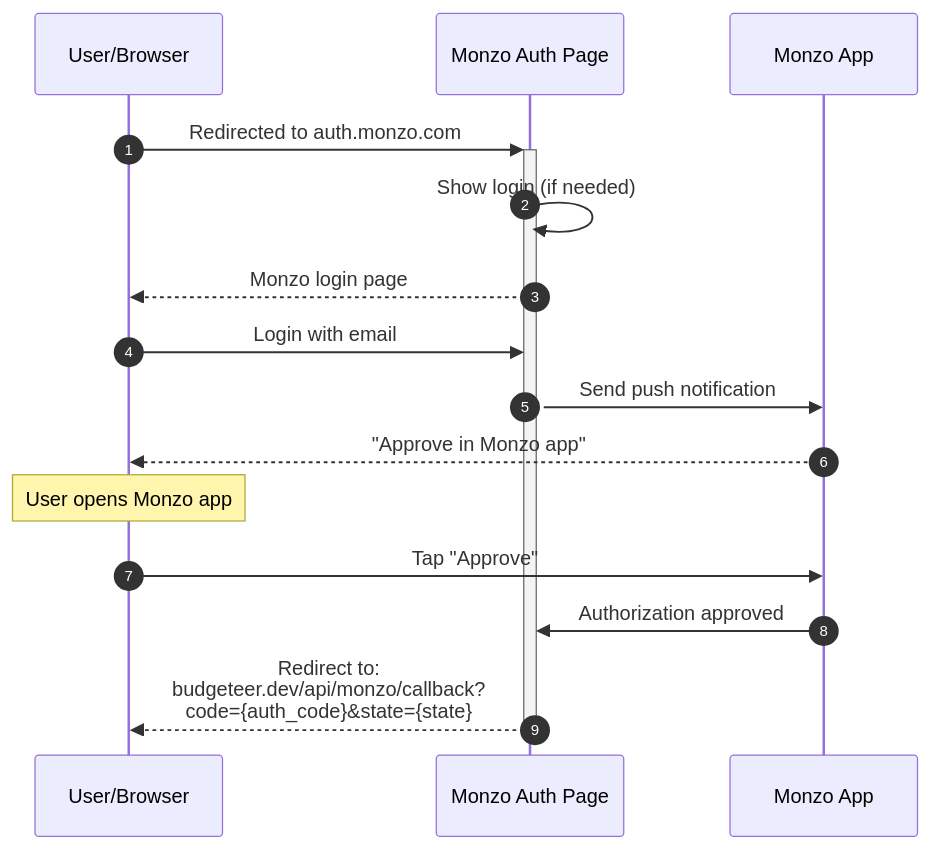
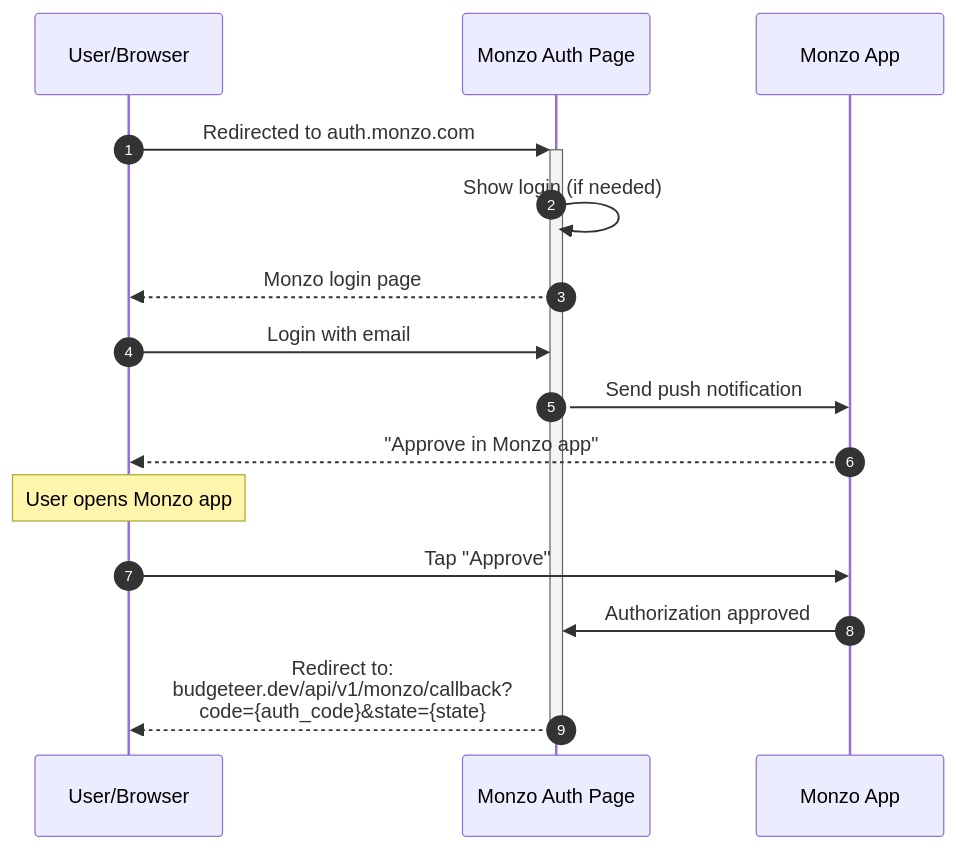
Before and after one commit to alexandermfisher/budgeteer: the third of 15 diagrams in docs/diagrams/monzo-oauth-flow.md, drawn with Mermaid. The commit also changed other lines of this file and 19 other files, not shown here.

````diff
--- a/docs/diagrams/monzo-oauth-flow.md
+++ b/docs/diagrams/monzo-oauth-flow.md
@@ -89,21 +89,21 @@
 ```mermaid
 sequenceDiagram
     autonumber
     participant U as User/Browser
     participant M as Monzo Auth Page
     participant MA as Monzo App
 
     U->>+M: Redirected to auth.monzo.com
     M->>M: Show login (if needed)
     M-->>U: Monzo login page
     
     U->>M: Login with email
     M->>MA: Send push notification
     MA-->>U: "Approve in Monzo app"
     
     Note over U: User opens Monzo app
     U->>MA: Tap "Approve"
     MA->>M: Authorization approved
     
-    M-->>-U: Redirect to:<br/>budgeteer.dev/api/monzo/callback?<br/>code={auth_code}&state={state}
+    M-->>-U: Redirect to:<br/>budgeteer.dev/api/v1/monzo/callback?<br/>code={auth_code}&state={state}
 ```
````
